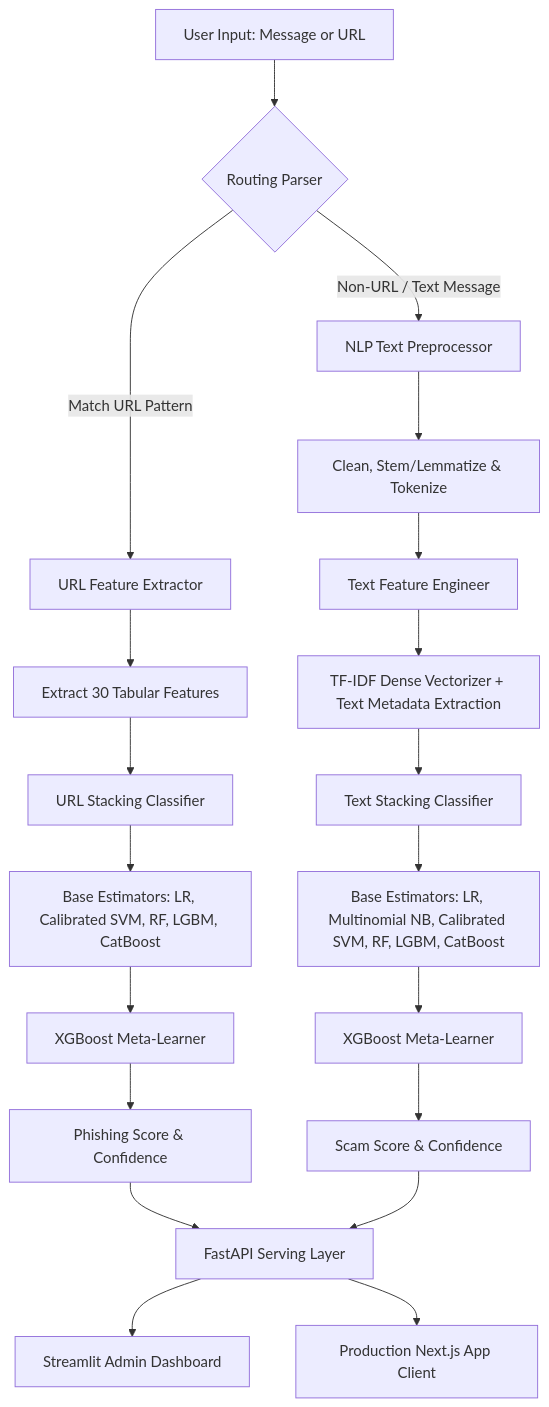
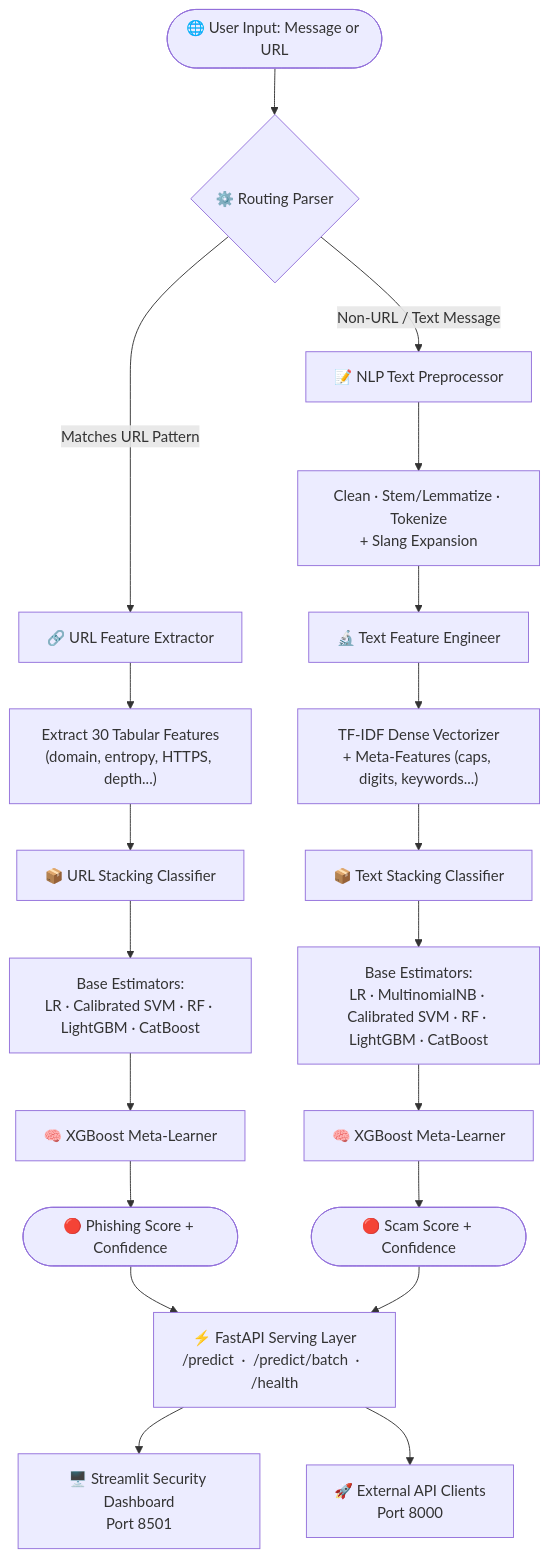
Before and after one commit to sahil-gaund03/scamshield: the first of 2 diagrams in README.md, drawn with Mermaid. The commit also changed other lines of this file, not shown here.

````diff
--- a/README.md
+++ b/README.md
@@ -13,28 +158,25 @@
 ```mermaid
 flowchart TD
-    A[User Input: Message or URL] --> B{Routing Parser}
-    
-    %% URL Sub-Pipeline
-    B -- Match URL Pattern --> C[URL Feature Extractor]
-    C --> D[Extract 30 Tabular Features]
-    D --> E[URL Stacking Classifier]
-    E --> F[Base Estimators: LR, Calibrated SVM, RF, LGBM, CatBoost]
-    F --> G[XGBoost Meta-Learner]
-    G --> H[Phishing Score & Confidence]
-    
-    %% Text Sub-Pipeline
-    B -- Non-URL / Text Message --> I[NLP Text Preprocessor]
-    I --> J[Clean, Stem/Lemmatize & Tokenize]
-    J --> K[Text Feature Engineer]
-    K --> L[TF-IDF Dense Vectorizer + Text Metadata Extraction]
-    L --> M[Text Stacking Classifier]
-    M --> N[Base Estimators: LR, Multinomial NB, Calibrated SVM, RF, LGBM, CatBoost]
-    N --> O[XGBoost Meta-Learner]
-    O --> P[Scam Score & Confidence]
-    
-    %% Serving Layer
-    H --> Q[FastAPI Serving Layer]
+    A([🌐 User Input: Message or URL]) --> B{⚙️ Routing Parser}
+
+    B -- "Matches URL Pattern" --> C[🔗 URL Feature Extractor]
+    C --> D["Extract 30 Tabular Features\n(domain, entropy, HTTPS, depth...)"]
+    D --> E[📦 URL Stacking Classifier]
+    E --> F["Base Estimators:\nLR · Calibrated SVM · RF · LightGBM · CatBoost"]
+    F --> G["🧠 XGBoost Meta-Learner"]
+    G --> H([🔴 Phishing Score + Confidence])
+
+    B -- "Non-URL / Text Message" --> I[📝 NLP Text Preprocessor]
+    I --> J["Clean · Stem/Lemmatize · Tokenize\n+ Slang Expansion"]
+    J --> K[🔬 Text Feature Engineer]
+    K --> L["TF-IDF Dense Vectorizer\n+ Meta-Features (caps, digits, keywords...)"]
+    L --> M[📦 Text Stacking Classifier]
+    M --> N["Base Estimators:\nLR · MultinomialNB · Calibrated SVM · RF · LightGBM · CatBoost"]
+    N --> O["🧠 XGBoost Meta-Learner"]
+    O --> P([🔴 Scam Score + Confidence])
+
+    H --> Q["⚡ FastAPI Serving Layer\n/predict  ·  /predict/batch  ·  /health"]
     P --> Q
-    Q --> R[Streamlit Admin Dashboard]
-    Q --> S[Production Next.js App Client]
+    Q --> R["🖥️ Streamlit Security Dashboard\nPort 8501"]
+    Q --> S["🚀 External API Clients\nPort 8000"]
 ```
````
